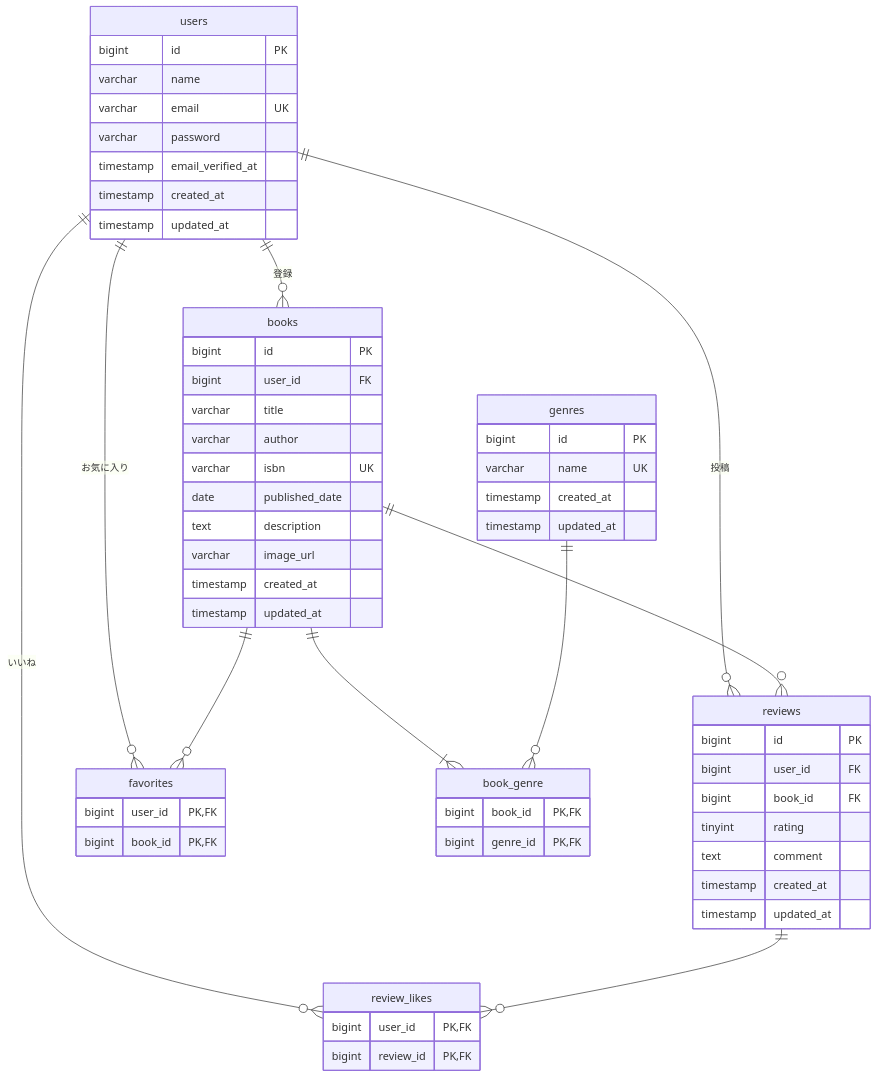
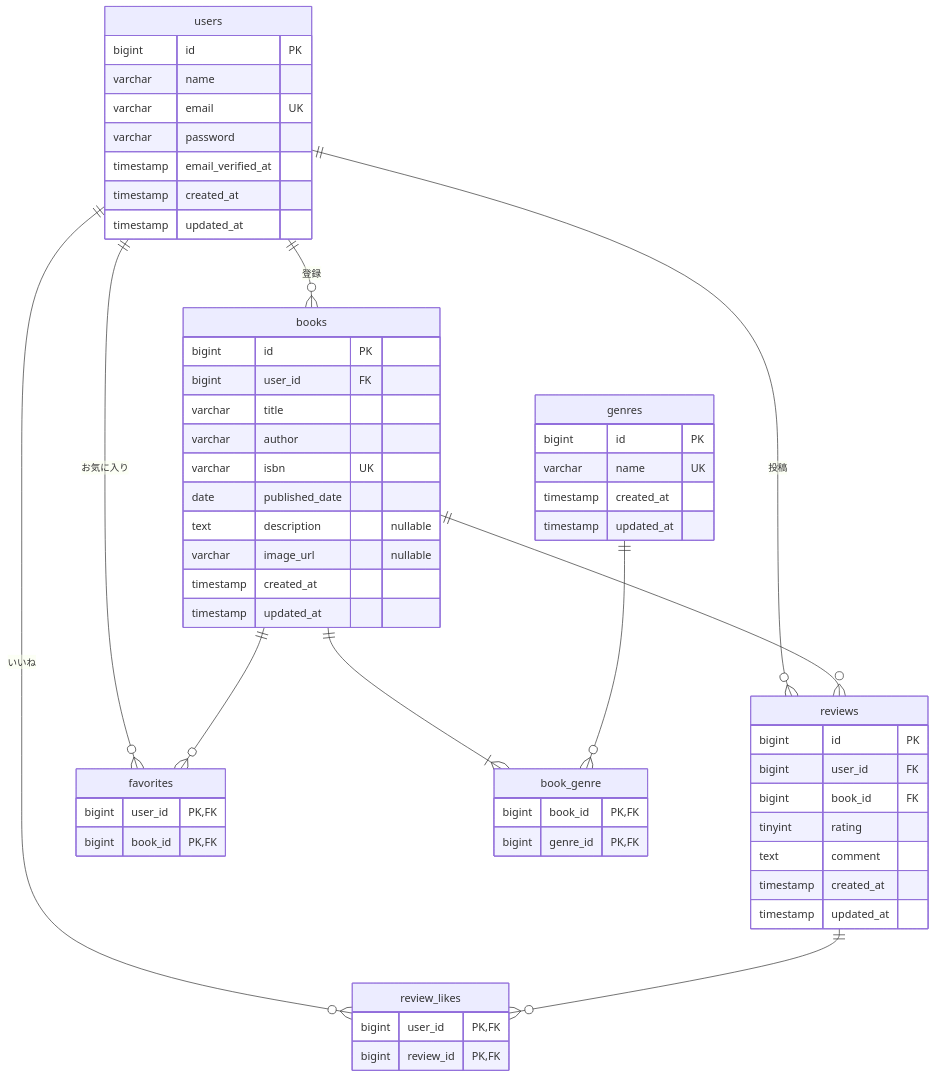
One commit to coachtech-material/ExampleAnswer-mockcase-BookShelf changed the diagram in README.md. Above: the diagram before and after it, drawn with Mermaid.

Commit message:
docs(basic): README ER図 books テーブルに nullable 注記を追加
要件シート(100%) の ER図との整合性確認で判明した記述抜けを修正。
description / image_url は basic/advanced 両ブランチで nullable 実装のため、
書式を要件シートに揃えて "nullable" 注記を追加。
isbn / published_date は basic では NOT NULL のため注記追加なし。

Refs #52
Milestone: 評価シート 採点team フィードバック 2026-04-23

````diff
--- a/README.md
+++ b/README.md
@@ -144,67 +144,67 @@
 ```mermaid
 erDiagram
     users ||--o{ books : "登録"
     users ||--o{ reviews : "投稿"
     users ||--o{ favorites : "お気に入り"
     users ||--o{ review_likes : "いいね"
     books ||--o{ reviews : ""
     books ||--|{ book_genre : ""
     books ||--o{ favorites : ""
     genres ||--o{ book_genre : ""
     reviews ||--o{ review_likes : ""
 
     users {
         bigint id PK
         varchar name
         varchar email UK
         varchar password
         timestamp email_verified_at
         timestamp created_at
         timestamp updated_at
     }
 
     books {
         bigint id PK
         bigint user_id FK
         varchar title
         varchar author
         varchar isbn UK
         date published_date
-        text description
-        varchar image_url
+        text description "nullable"
+        varchar image_url "nullable"
         timestamp created_at
         timestamp updated_at
     }
 
     genres {
         bigint id PK
         varchar name UK
         timestamp created_at
         timestamp updated_at
     }
 
     reviews {
         bigint id PK
         bigint user_id FK
         bigint book_id FK
         tinyint rating
         text comment
         timestamp created_at
         timestamp updated_at
     }
 
     book_genre {
         bigint book_id PK,FK
         bigint genre_id PK,FK
     }
 
     favorites {
         bigint user_id PK,FK
         bigint book_id PK,FK
     }
 
     review_likes {
         bigint user_id PK,FK
         bigint review_id PK,FK
     }
 ```
````
